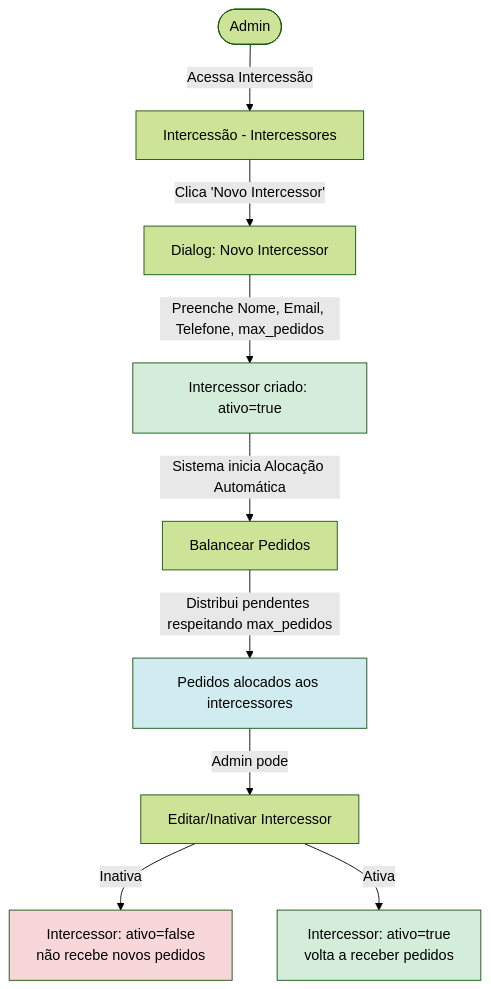
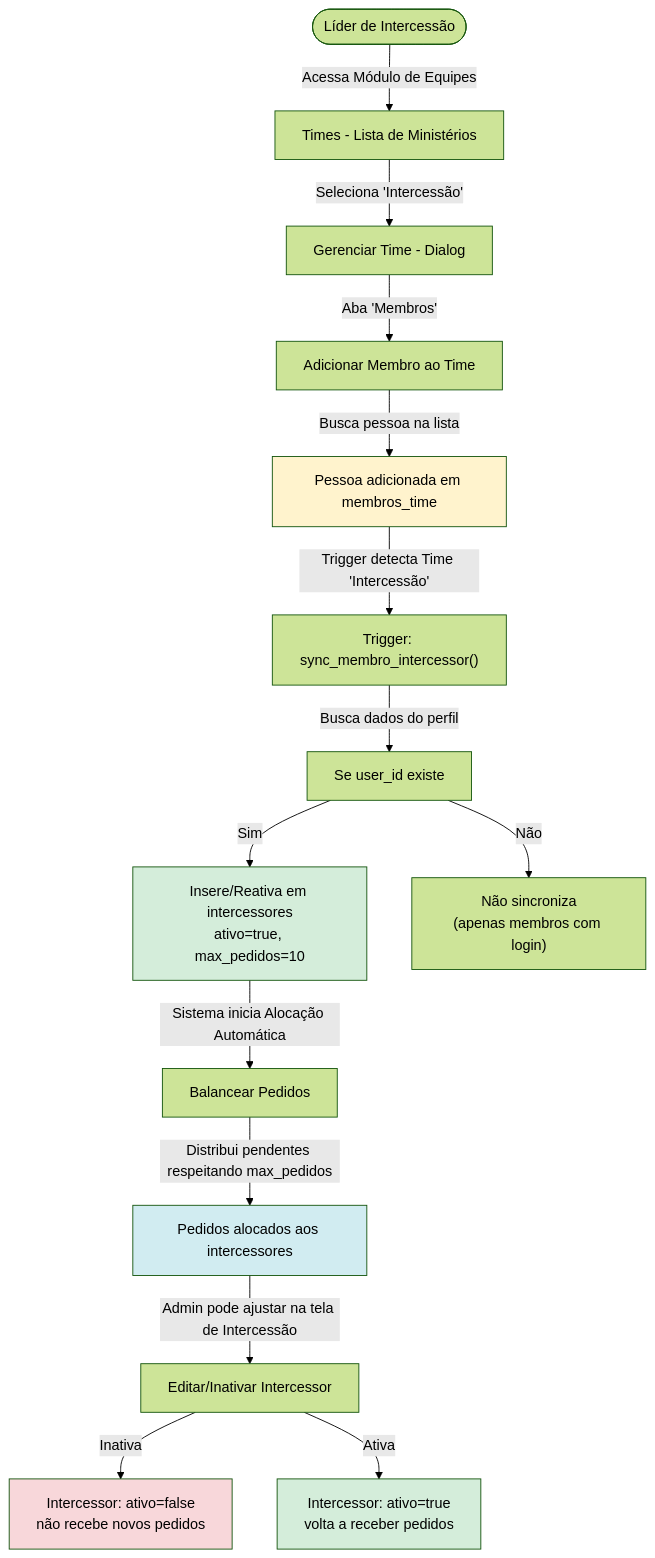
Before and after one commit to adrianoapc/igreja-carvalho: the second of 5 diagrams in docs/diagramas/fluxo-intercessao.md, drawn with Mermaid (forest theme). The commit also changed other lines of this file and 4 other files, not shown here.

First line of the commit message:
docs: ADR-011 - Unificação da gestão de Intercessão via Times e Triggers

````diff
--- a/docs/diagramas/fluxo-intercessao.md
+++ b/docs/diagramas/fluxo-intercessao.md
@@ -33,19 +37,27 @@
 ```mermaid
 flowchart TD
-    Start([Admin]) -->|Acessa Intercessão| A[Intercessão - Intercessores]
-    A -->|Clica 'Novo Intercessor'| B[Dialog: Novo Intercessor]
-    B -->|Preenche Nome, Email, Telefone, max_pedidos| C["Intercessor criado: ativo=true"]
+    Start([Líder de Intercessão]) -->|Acessa Módulo de Equipes| A[Times - Lista de Ministérios]
+    A -->|Seleciona 'Intercessão'| B[Gerenciar Time - Dialog]
+    B -->|Aba 'Membros'| C[Adicionar Membro ao Time]
     
-    C -->|Sistema inicia Alocação Automática| D[Balancear Pedidos]
-    D -->|Distribui pendentes respeitando max_pedidos| E["Pedidos alocados aos intercessores"]
+    C -->|Busca pessoa na lista| D["Pessoa adicionada em membros_time"]
     
-    E -->|Admin pode| F[Editar/Inativar Intercessor]
-    F -->|Inativa| G["Intercessor: ativo=false<br/>não recebe novos pedidos"]
+    D -->|Trigger detecta Time 'Intercessão'| E["Trigger: sync_membro_intercessor()"]
+    E -->|Busca dados do perfil| F["Se user_id existe"]
+    F -->|Sim| G["Insere/Reativa em intercessores<br/>ativo=true, max_pedidos=10"]
+    F -->|Não| H["Não sincroniza<br/>(apenas membros com login)"]
     
-    F -->|Ativa| H["Intercessor: ativo=true<br/>volta a receber pedidos"]
+    G -->|Sistema inicia Alocação Automática| I[Balancear Pedidos]
+    I -->|Distribui pendentes respeitando max_pedidos| J["Pedidos alocados aos intercessores"]
     
-    style C fill:#d4edda
-    style E fill:#d1ecf1
-    style G fill:#f8d7da
-    style H fill:#d4edda
+    J -->|Admin pode ajustar na tela de Intercessão| K[Editar/Inativar Intercessor]
+    K -->|Inativa| L["Intercessor: ativo=false<br/>não recebe novos pedidos"]
+    
+    K -->|Ativa| M["Intercessor: ativo=true<br/>volta a receber pedidos"]
+    
+    style D fill:#fff3cd
+    style G fill:#d4edda
+    style J fill:#d1ecf1
+    style L fill:#f8d7da
+    style M fill:#d4edda
 ```
````
